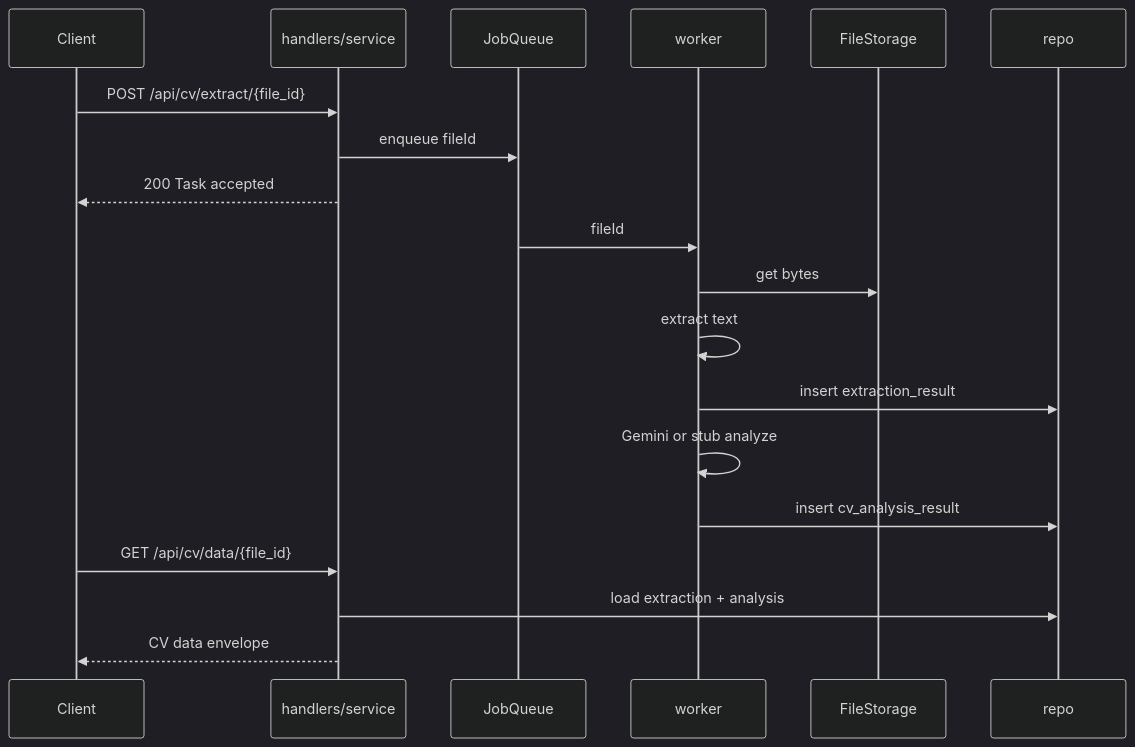
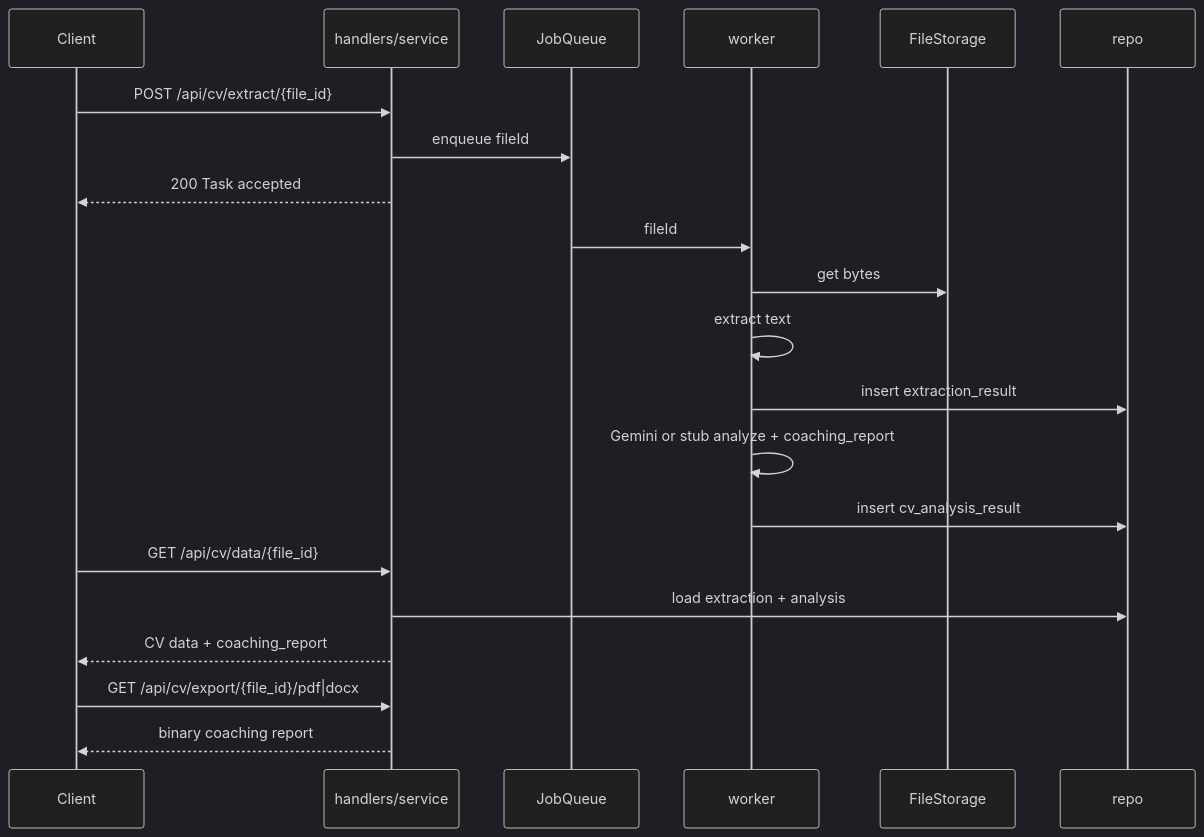
Before and after one commit to nguyentantai21042004/co3065-advanced-software-engineering: the third of 3 diagrams in documents/architecture/logical.md, drawn with Mermaid (dark theme). The commit also changed other lines of this file and 16 other files, not shown here.

First line of the commit message:
feat: coaching report with PDF/Word export on CV results

````diff
--- a/documents/architecture/logical.md
+++ b/documents/architecture/logical.md
@@ -94,22 +103,24 @@
 ```mermaid
 sequenceDiagram
   participant Client
   participant API as handlers/service
   participant Q as JobQueue
   participant W as worker
   participant FS as FileStorage
   participant DB as repo
 
   Client->>API: POST /api/cv/extract/{file_id}
   API->>Q: enqueue fileId
   API-->>Client: 200 Task accepted
   Q->>W: fileId
   W->>FS: get bytes
   W->>W: extract text
   W->>DB: insert extraction_result
-  W->>W: Gemini or stub analyze
+  W->>W: Gemini or stub analyze + coaching_report
   W->>DB: insert cv_analysis_result
   Client->>API: GET /api/cv/data/{file_id}
   API->>DB: load extraction + analysis
-  API-->>Client: CV data envelope
+  API-->>Client: CV data + coaching_report
+  Client->>API: GET /api/cv/export/{file_id}/pdf|docx
+  API-->>Client: binary coaching report
 ```
````
